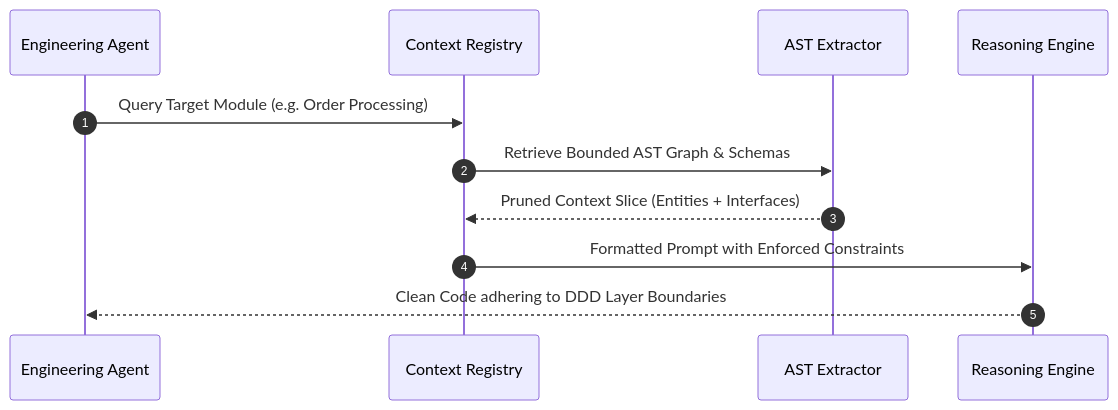
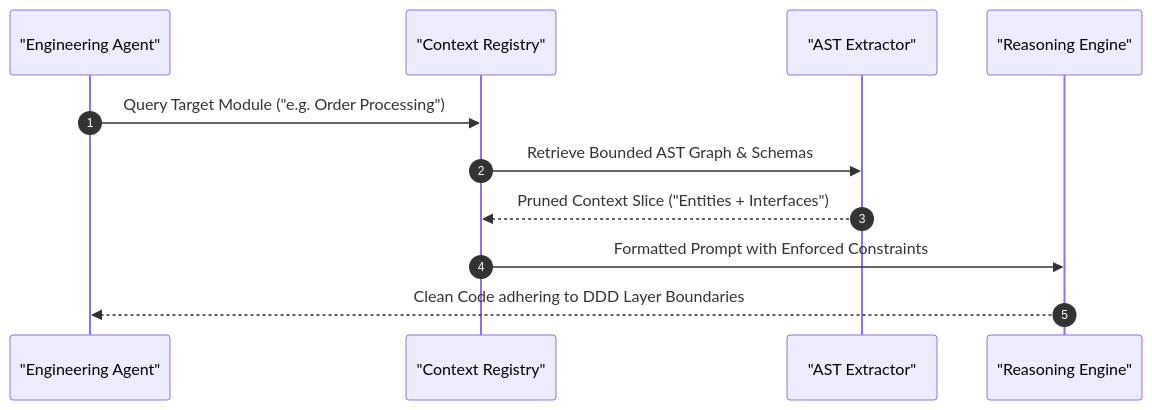
The second of 5 diagrams in content/series/ai-driven-playbook/part-1-context-engineering-ddd.md (vesviet/vesviet), drawn with Mermaid before and after one commit. The commit also changed other lines of this file and 331 other files, not shown here.

````diff
--- a/content/series/ai-driven-playbook/part-1-context-engineering-ddd.md
+++ b/content/series/ai-driven-playbook/part-1-context-engineering-ddd.md
@@ -54,14 +56,14 @@
 ```mermaid
 sequenceDiagram
     autonumber
-    participant Dev as Engineering Agent
-    participant Map as Context Registry
-    participant AST as AST Extractor
-    participant LLM as Reasoning Engine
+    participant Dev as "Engineering Agent"
+    participant Map as "Context Registry"
+    participant AST as "AST Extractor"
+    participant LLM as "Reasoning Engine"
 
-    Dev->>Map: Query Target Module (e.g. Order Processing)
+    Dev->>Map: Query Target Module ("e.g. Order Processing")
     Map->>AST: Retrieve Bounded AST Graph & Schemas
-    AST-->>Map: Pruned Context Slice (Entities + Interfaces)
+    AST-->>Map: Pruned Context Slice ("Entities + Interfaces")
     Map->>LLM: Formatted Prompt with Enforced Constraints
     LLM-->>Dev: Clean Code adhering to DDD Layer Boundaries
 ```
````
